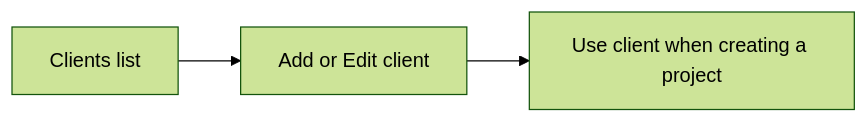
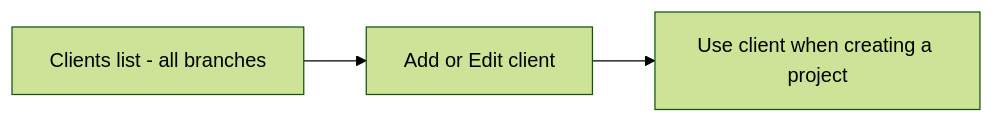
The third of 10 diagrams in docs/USER_GUIDE.md (mishabcp/buildops), drawn with Mermaid (forest theme) before and after one commit. The commit also changed other lines of this file and 45 other files, not shown here.

````diff
--- a/docs/USER_GUIDE.md
+++ b/docs/USER_GUIDE.md
@@ -58,5 +71,5 @@
 ```mermaid
 flowchart LR
-  List[Clients list] --> Add[Add or Edit client]
+  List[Clients list - all branches] --> Add[Add or Edit client]
   Add --> Use[Use client when creating a project]
 ```
````
